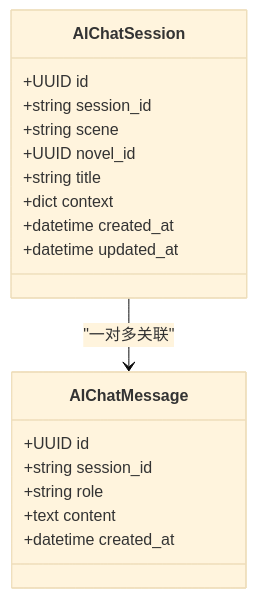
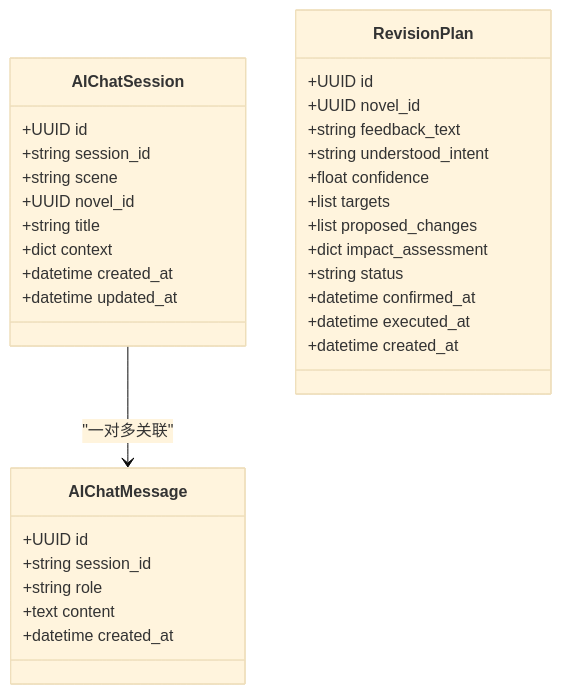
Diagram 11 of 13 in .qoder/repowiki/zh/content/API接口文档/AI聊天API.md (xfbyxq/ai-novel-system), drawn with Mermaid (base theme) before and after one commit. The commit also changed other lines of this file and 10 other files, not shown here.

````diff
--- a/.qoder/repowiki/zh/content/API接口文档/AI聊天API.md
+++ b/.qoder/repowiki/zh/content/API接口文档/AI聊天API.md
@@ -350,21 +477,35 @@
 ```mermaid
 classDiagram
 class AIChatSession {
 +UUID id
 +string session_id
 +string scene
 +UUID novel_id
 +string title
 +dict context
 +datetime created_at
 +datetime updated_at
 }
 class AIChatMessage {
 +UUID id
 +string session_id
 +string role
 +text content
 +datetime created_at
 }
+class RevisionPlan {
++UUID id
++UUID novel_id
++string feedback_text
++string understood_intent
++float confidence
++list targets
++list proposed_changes
++dict impact_assessment
++string status
++datetime confirmed_at
++datetime executed_at
++datetime created_at
+}
 AIChatSession --> AIChatMessage : "一对多关联"
 ```
````
